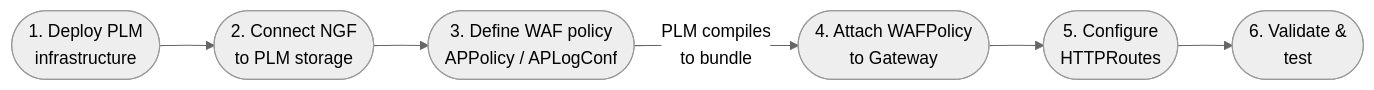
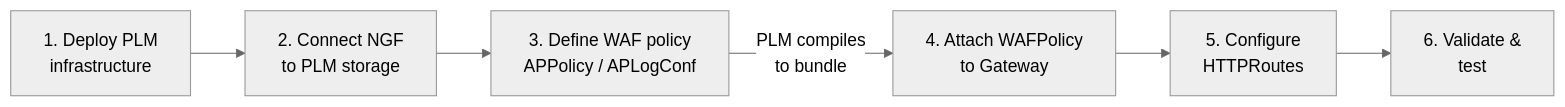
The diagram in content/ngf/waf-integration/get-started-plm.md (nginx/documentation), drawn with Mermaid (neutral theme) before and after one commit.

Commit message:
fix: Switch Mermaid diagram from flowchart to graph syntax
The Hugo theme's bundled Mermaid version does not support the
flowchart directive or stadium node shapes. Switch to graph LR
with quoted rectangle nodes and HTML line breaks, matching the
syntax used in other working diagrams in the repo.

````diff
--- a/content/ngf/waf-integration/get-started-plm.md
+++ b/content/ngf/waf-integration/get-started-plm.md
@@ -21,8 +21,8 @@
 ```mermaid
-flowchart LR
-    A([1. Deploy PLM\ninfrastructure]) --> B([2. Connect NGF\nto PLM storage])
-    B --> C([3. Define WAF policy\nAPPolicy / APLogConf])
-    C -->|PLM compiles\nto bundle| D([4. Attach WAFPolicy\nto Gateway])
-    D --> E([5. Configure\nHTTPRoutes])
-    E --> F([6. Validate &\ntest])
+graph LR
+    A["1. Deploy PLM<br/>infrastructure"] --> B["2. Connect NGF<br/>to PLM storage"]
+    B --> C["3. Define WAF policy<br/>APPolicy / APLogConf"]
+    C -->|"PLM compiles<br/>to bundle"| D["4. Attach WAFPolicy<br/>to Gateway"]
+    D --> E["5. Configure<br/>HTTPRoutes"]
+    E --> F["6. Validate &<br/>test"]
 ```
````
